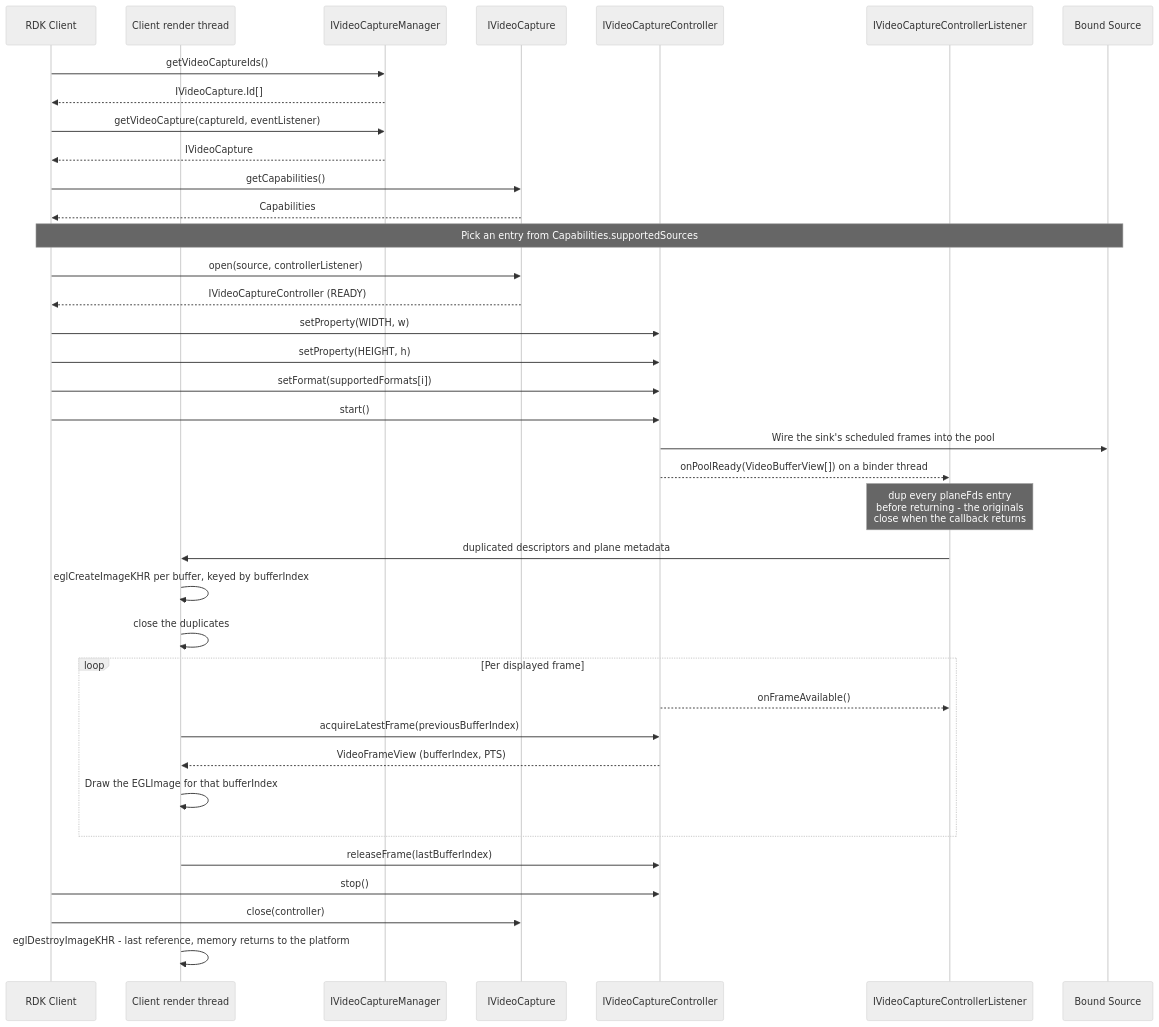
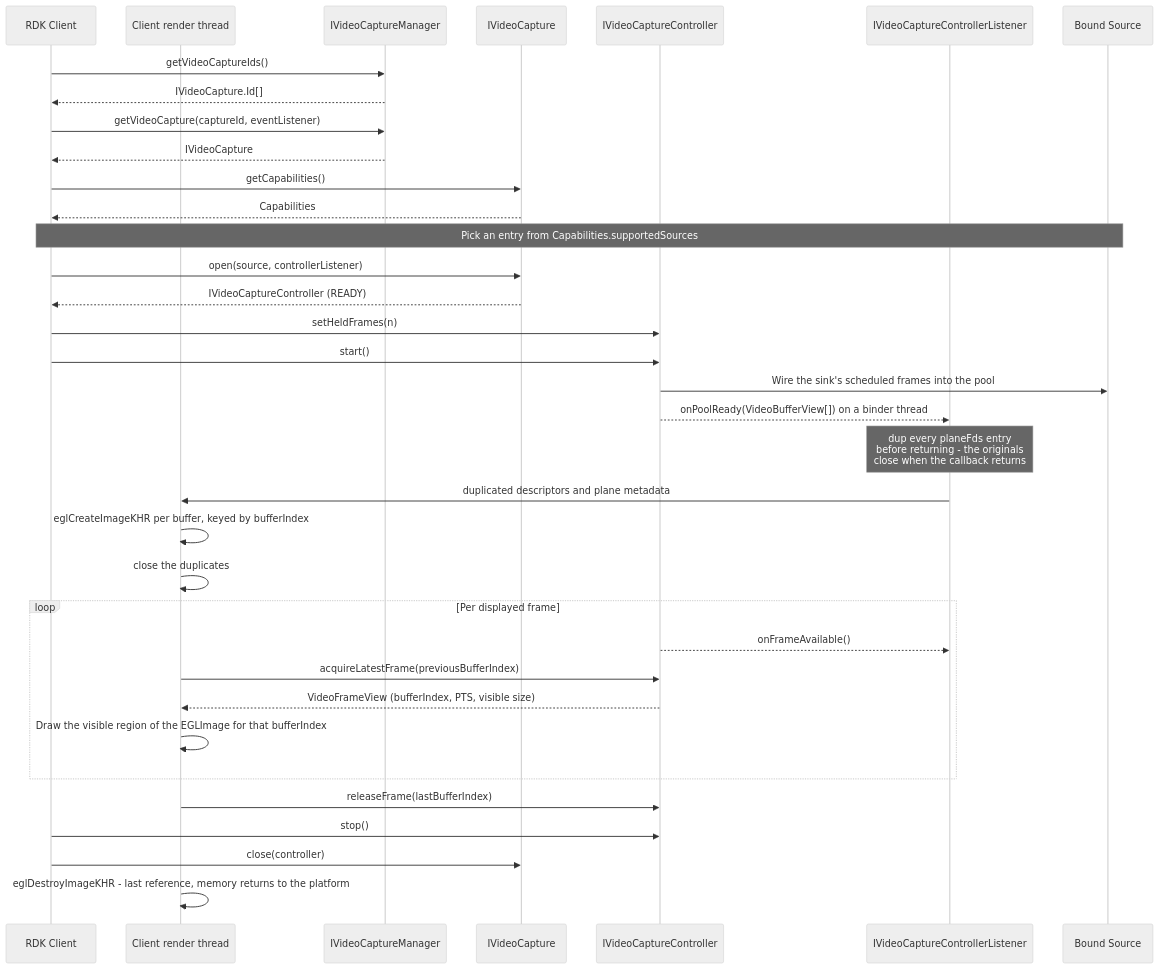
The fourth of 6 diagrams in videocapture/current/docs/videocapture_interface.md (rdkcentral/rdk-halif-aidl), drawn with Mermaid (neutral theme) before and after one commit. The commit also changed other lines of this file and 15 other files, not shown here.

````diff
--- a/videocapture/current/docs/videocapture_interface.md
+++ b/videocapture/current/docs/videocapture_interface.md
@@ -307,49 +319,47 @@
 ```mermaid
 sequenceDiagram
     participant Client as RDK Client
     participant Render as Client render thread
     participant Manager as IVideoCaptureManager
     participant Capture as IVideoCapture
     participant Controller as IVideoCaptureController
     participant Listener as IVideoCaptureControllerListener
     participant Sink as Bound Source
 
     Client->>Manager: getVideoCaptureIds()
     Manager-->>Client: IVideoCapture.Id[]
 
     Client->>Manager: getVideoCapture(captureId, eventListener)
     Manager-->>Client: IVideoCapture
 
     Client->>Capture: getCapabilities()
     Capture-->>Client: Capabilities
 
     Note over Client,Sink: Pick an entry from Capabilities.supportedSources
 
     Client->>Capture: open(source, controllerListener)
     Capture-->>Client: IVideoCaptureController (READY)
 
-    Client->>Controller: setProperty(WIDTH, w)
-    Client->>Controller: setProperty(HEIGHT, h)
-    Client->>Controller: setFormat(supportedFormats[i])
+    Client->>Controller: setHeldFrames(n)
     Client->>Controller: start()
     Controller->>Sink: Wire the sink's scheduled frames into the pool
 
     Controller-->>Listener: onPoolReady(VideoBufferView[]) on a binder thread
     Note over Listener: dup every planeFds entry<br/>before returning - the originals<br/>close when the callback returns
     Listener->>Render: duplicated descriptors and plane metadata
     Render->>Render: eglCreateImageKHR per buffer, keyed by bufferIndex
     Render->>Render: close the duplicates
 
     loop Per displayed frame
         Controller-->>Listener: onFrameAvailable()
         Render->>Controller: acquireLatestFrame(previousBufferIndex)
-        Controller-->>Render: VideoFrameView (bufferIndex, PTS)
-        Render->>Render: Draw the EGLImage for that bufferIndex
+        Controller-->>Render: VideoFrameView (bufferIndex, PTS, visible size)
+        Render->>Render: Draw the visible region of the EGLImage for that bufferIndex
     end
 
     Render->>Controller: releaseFrame(lastBufferIndex)
 
     Client->>Controller: stop()
     Client->>Capture: close(controller)
     Render->>Render: eglDestroyImageKHR - last reference, memory returns to the platform
 ```
````
